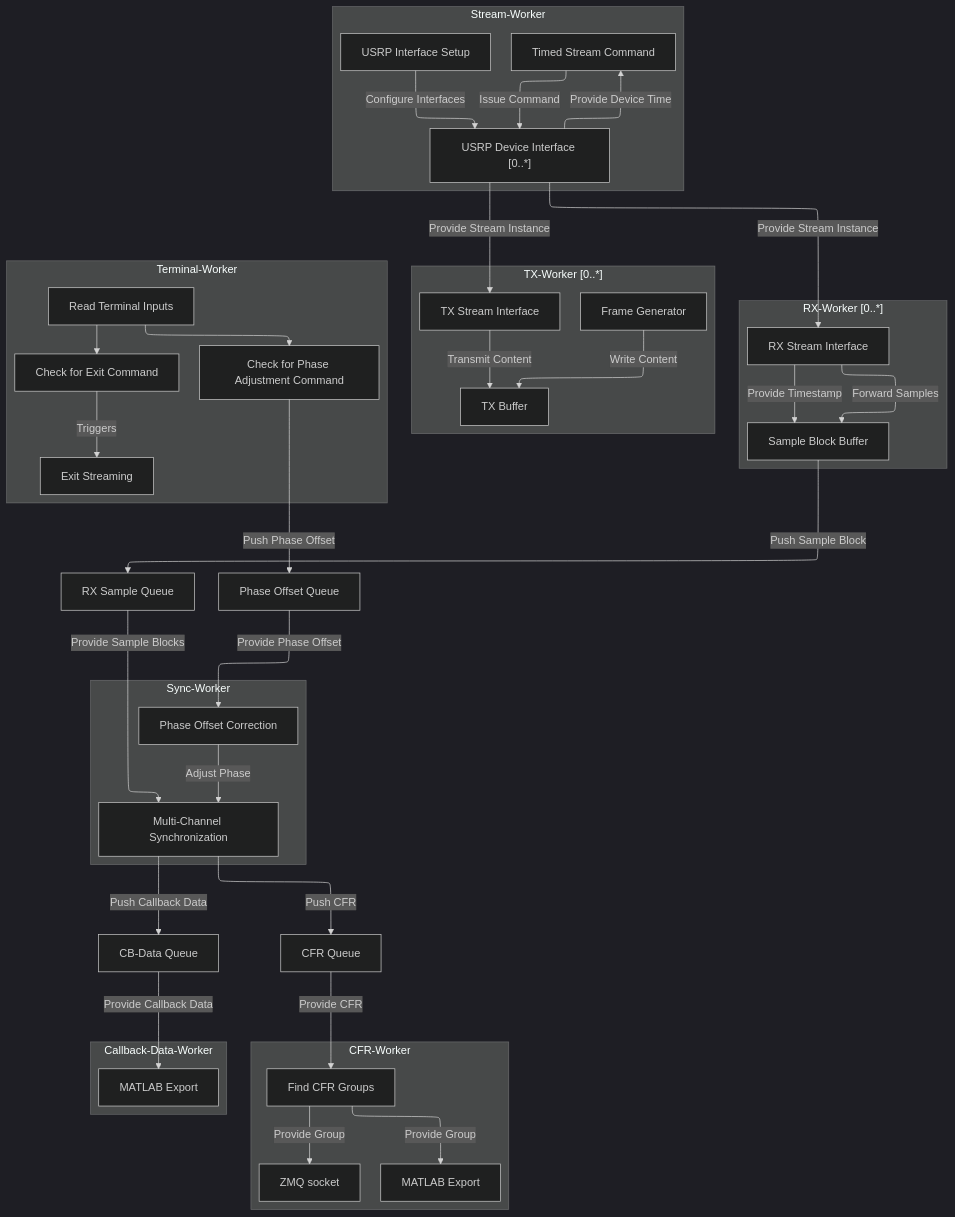
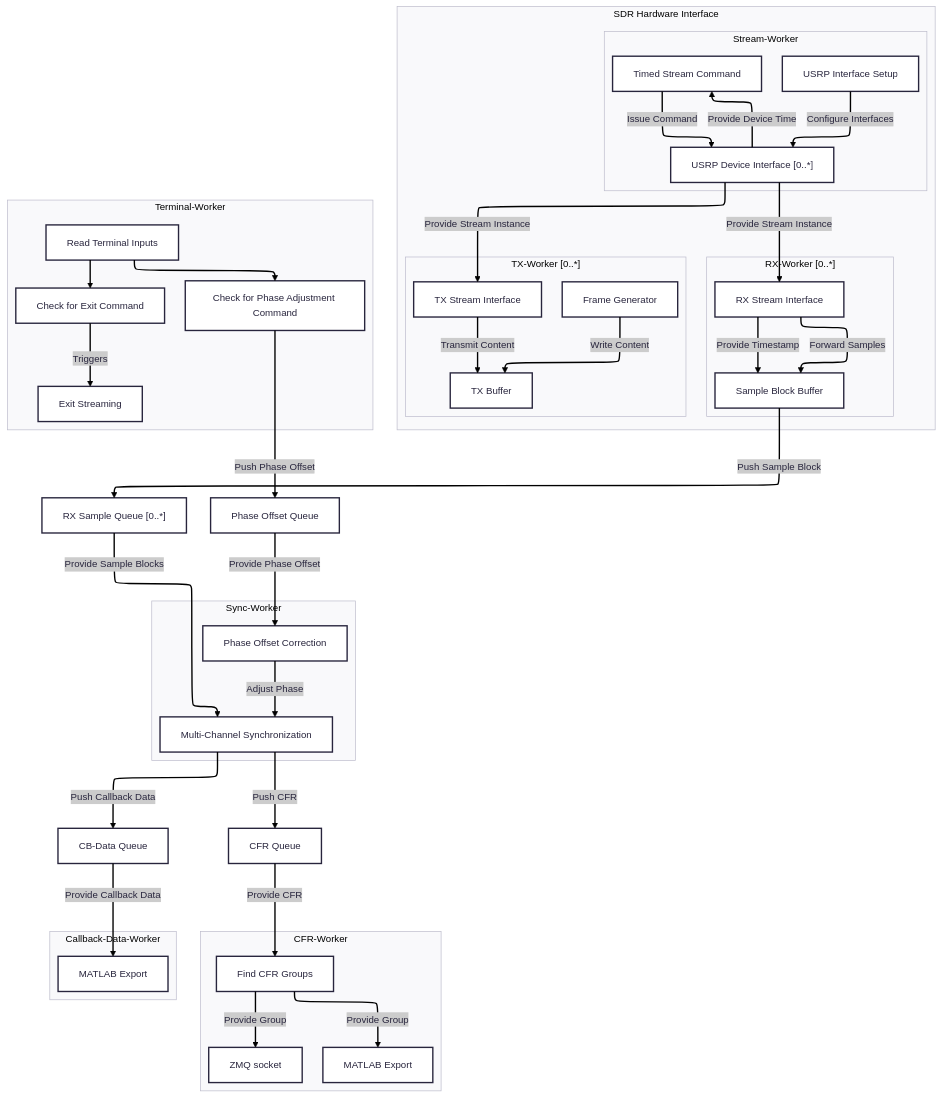
The diagram in README.md (F-L-X-S/WLAN-CSI), drawn with Mermaid before and after one commit.

Commit message:
Marked HW interface in flowgraph

````diff
--- a/README.md
+++ b/README.md
@@ -27,63 +27,64 @@
 ```mermaid
 ---
 config:
   look: classic
   layout: elk
-  theme: dark
+  theme: redux
 ---
 flowchart TD
+subgraph HardwareInterface["SDR Hardware Interface"]
  subgraph T_StreamWorker["Stream-Worker"]
         UsrpDevices["USRP Device Interface [0..*]"]
         UsrpConf["USRP Interface Setup"]
         StreamConf["Timed Stream Command"]
   end
  subgraph T_RxWorker["RX-Worker [0..*]"]
         RxStream["RX Stream Interface"]
         SampleBlock["Sample Block Buffer"]
   end
  subgraph T_TxWorker["TX-Worker [0..*]"]
         TxStream["TX Stream Interface"]
         TxBuffer["TX Buffer"]
         FrameGen["Frame Generator"]
   end
+end
  subgraph T_SyncWorker["Sync-Worker"]
         MultiSync["Multi-Channel Synchronization"]
         PhiErrorCorrection["Phase Offset Correction"]
   end
  subgraph T_CfrWorker["CFR-Worker"]
         ZmqSocket["ZMQ socket"]
         MatlabCfrExport["MATLAB Export"]
         FindGroups["Find CFR Groups"]
   end
  subgraph T_CbDataWorker["Callback-Data-Worker"]
         MatlabCbExport["MATLAB Export"]
   end
  subgraph T_TerminalWorker["Terminal-Worker"]
         CheckForPhaseCmd["Check for Phase Adjustment Command"]
         CheckForExitCmd["Check for Exit Command"]
         Exit["Exit Streaming"]
         ReadInput["Read Terminal Inputs"]
   end
     UsrpConf -- Configure Interfaces ---> UsrpDevices
     UsrpDevices -- Provide Device Time --> StreamConf
     StreamConf -- Issue Command  --> UsrpDevices
     UsrpDevices -- Provide Stream Instance ---> RxStream & TxStream
     RxStream -- Forward Samples --> SampleBlock
     RxStream -- Provide Timestamp --> SampleBlock
-    SampleBlock -- Push Sample Block --> RxSampleQueue["RX Sample Queue"]
+    SampleBlock -- Push Sample Block --> RxSampleQueue["RX Sample Queue [0..*]"]
     CheckForPhaseCmd -- Push Phase Offset ---> PhiErrorQueue["Phase Offset Queue"]
     PhiErrorQueue -- Provide Phase Offset ---> PhiErrorCorrection
     PhiErrorCorrection -- Adjust Phase ---> MultiSync
     RxSampleQueue -- Provide Sample Blocks ---> MultiSync
     FrameGen -- Write Content ---> TxBuffer
     TxStream -- Transmit Content ---> TxBuffer
     MultiSync -- Push Callback Data ---> CbDataQueue["CB-Data Queue"]
     CbDataQueue -- Provide Callback Data ---> MatlabCbExport
     MultiSync -- Push CFR ---> CfrQueue["CFR Queue"]
     CfrQueue -- Provide CFR ---> FindGroups
     FindGroups -- Provide Group ---> ZmqSocket & MatlabCfrExport
-    ReadInput -----> CheckForPhaseCmd
-    ReadInput -----> CheckForExitCmd
-    CheckForExitCmd--Triggers--->Exit
+    ReadInput -----> CheckForPhaseCmd & CheckForExitCmd
+    CheckForExitCmd -- Triggers ---> Exit
 
 ```
````
